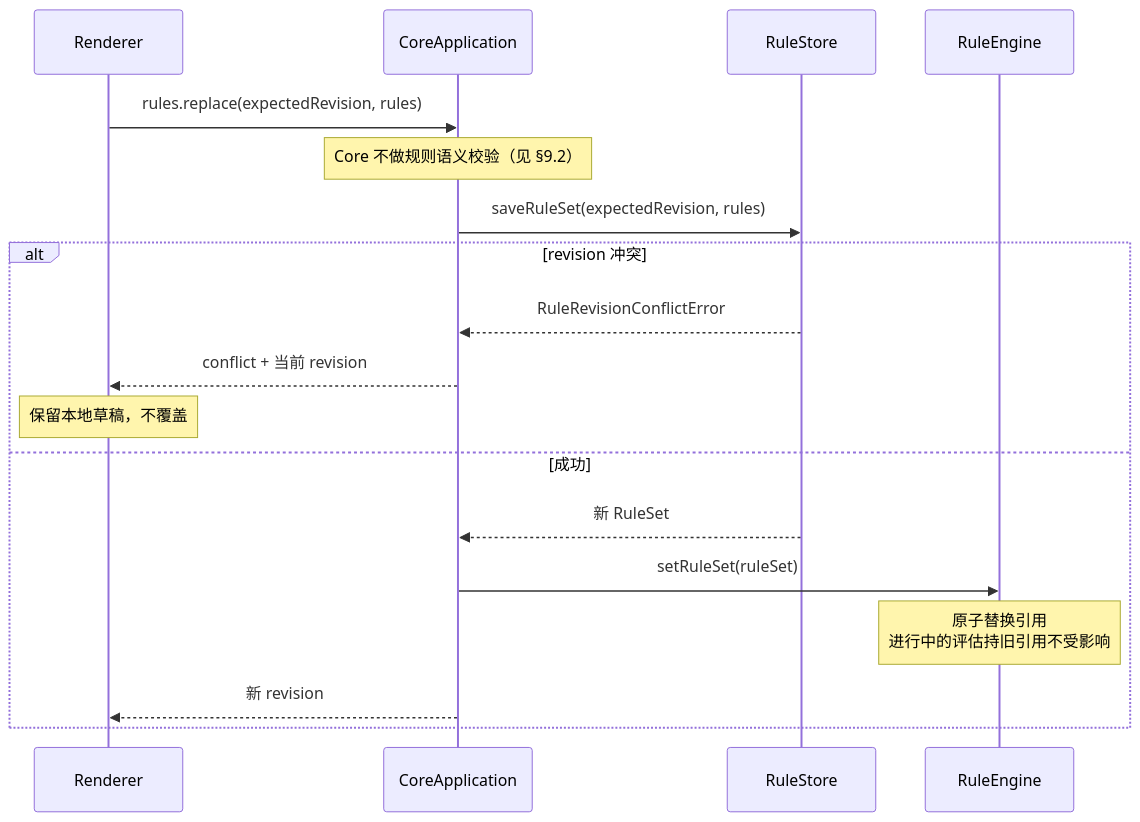
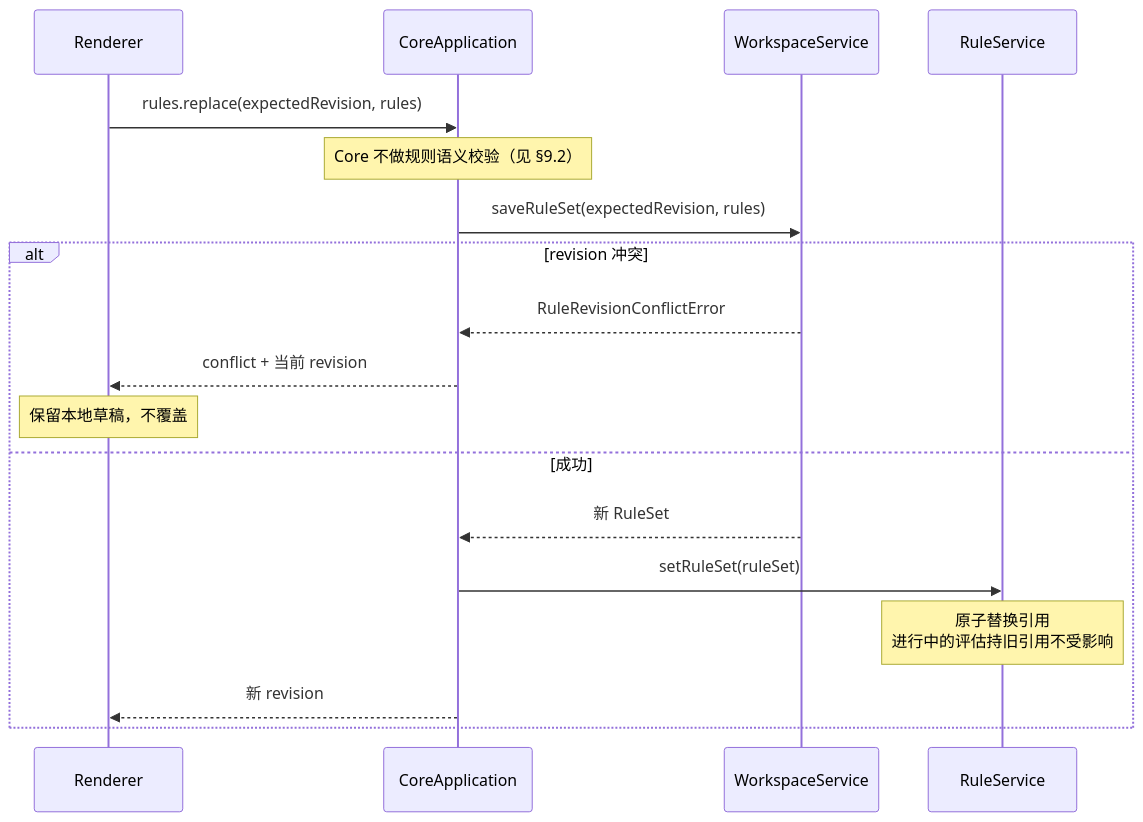
Before and after one commit to zhxmt-xm/Interceptor: the fifth of 6 diagrams in architecture/feature-rules.md, drawn with Mermaid. The commit also changed other lines of this file and 237 other files, not shown here.

````diff
--- a/architecture/feature-rules.md
+++ b/architecture/feature-rules.md
@@ -361,21 +361,21 @@
 ```mermaid
 sequenceDiagram
     participant UI as Renderer
     participant App as CoreApplication
-    participant Store as RuleStore
-    participant Engine as RuleEngine
+    participant Store as WorkspaceService
+    participant Engine as RuleService
 
     UI->>App: rules.replace(expectedRevision, rules)
     Note over App: Core 不做规则语义校验（见 §9.2）
     App->>Store: saveRuleSet(expectedRevision, rules)
     alt revision 冲突
         Store-->>App: RuleRevisionConflictError
         App-->>UI: conflict + 当前 revision
         Note over UI: 保留本地草稿，不覆盖
     else 成功
         Store-->>App: 新 RuleSet
         App->>Engine: setRuleSet(ruleSet)
         Note over Engine: 原子替换引用<br/>进行中的评估持旧引用不受影响
         App-->>UI: 新 revision
     end
 ```
````
